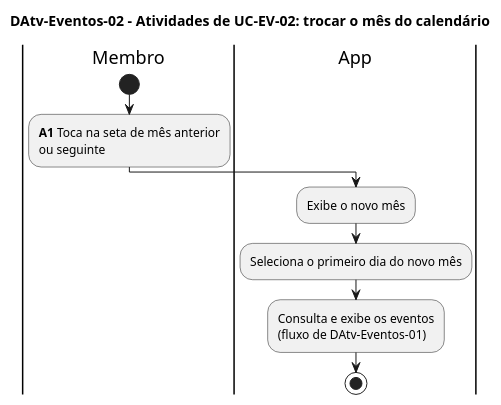
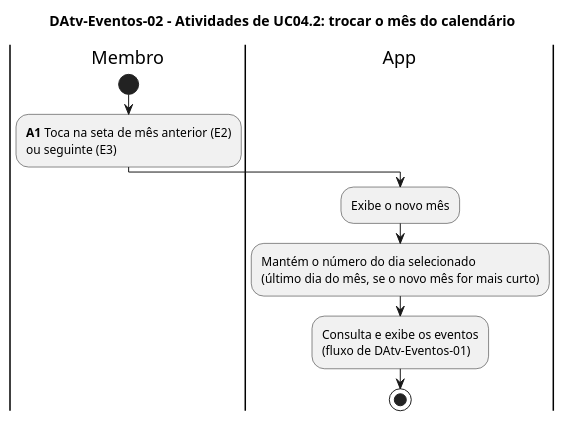
One commit to joseduardogon/Minha_UFG_Grupo_Cinza changed the diagram in Eventos/DAtv-Eventos-02.puml. Above: the diagram before and after it, drawn with PlantUML. The commit also changed 131 other files, not shown here.

```diff
--- a/Eventos/DAtv-Eventos-02.puml
+++ b/Eventos/DAtv-Eventos-02.puml
@@ -1,11 +1,11 @@
 @startuml DAtv-Eventos-02
-title DAtv-Eventos-02 – Atividades de UC-EV-02: trocar o mês do calendário
+title DAtv-Eventos-02 – Atividades de UC04.2: trocar o mês do calendário
 |Membro|
 start
-:**A1** Toca na seta de mês anterior\nou seguinte;
+:**A1** Toca na seta de mês anterior (E2)\nou seguinte (E3);
 |App|
 :Exibe o novo mês;
-:Seleciona o primeiro dia do novo mês;
+:Mantém o número do dia selecionado\n(último dia do mês, se o novo mês for mais curto);
 :Consulta e exibe os eventos\n(fluxo de DAtv-Eventos-01);
 stop
 @enduml
```
